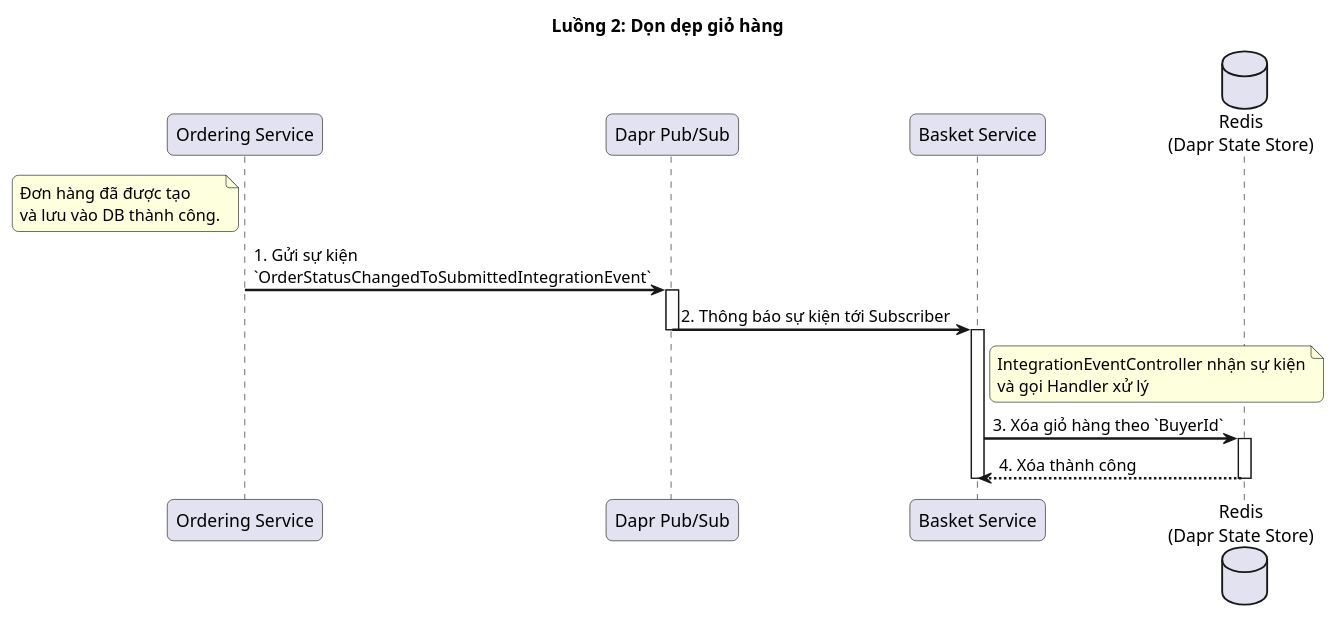
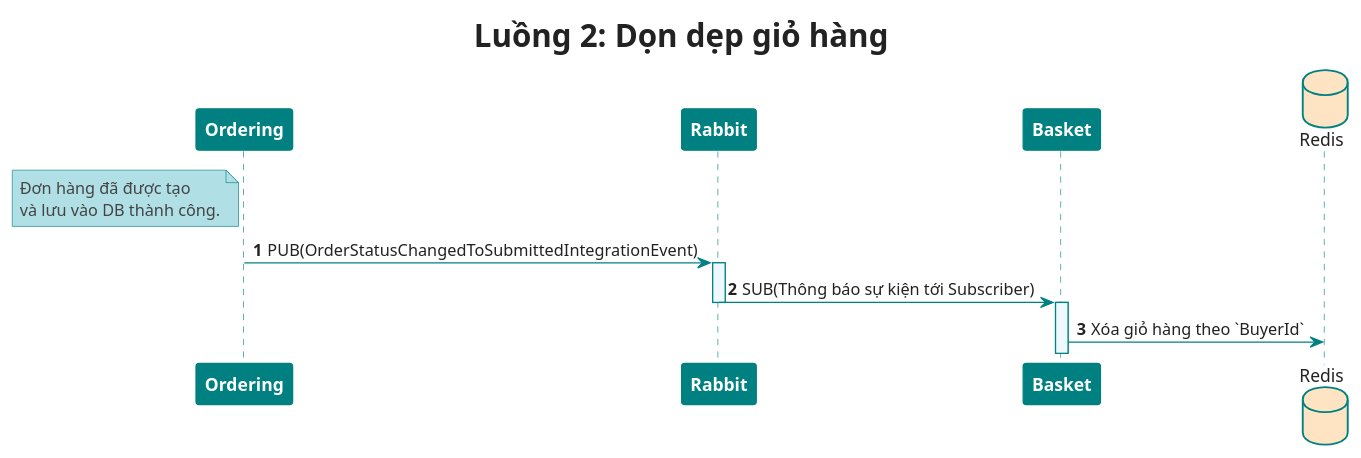
Before and after one commit to MinhTrinh04/Beef-Restaurant: the diagram in Backend/SEQ/Basket/CleanBasket.puml, drawn with PlantUML. The commit also changed 9 other files, not shown here.

Commit message:
Refactor + fix seq diagram

```diff
--- a/Backend/SEQ/Basket/CleanBasket.puml
+++ b/Backend/SEQ/Basket/CleanBasket.puml
@@ -1,32 +1,57 @@
 @startuml
-skinparam handwritten false
-skinparam sequenceArrowThickness 2
-skinparam roundcorner 10
-skinparam sequenceParticipant padding 15
+'https://plantuml.com/sequence-diagram
+skinparam shadowing false
+skinparam responseMessageBelowArrow false
+skinparam DefaultFontColor #222
+skinparam TitleFontSize 25
+skinparam NoteBorderColor #teal
+skinparam NoteBackgroundColor #powderblue
+skinparam NoteFontColor 444
+skinparam DatabaseBorderColor #teal
+skinparam DatabaseBackgroundColor #bisque
+skinparam sequence {
+ParticipantBorderThickness 1
+ParticipantBorderColor #teal
+ParticipantBackgroundColor #teal
+ParticipantFontColor #white
+ParticipantFontSize 14
+ParticipantFontStyle bold
+LifeLineBorderColor #teal
+LifeLineBackgroundColor #aliceblue
+ArrowColor #teal
+ActorBorderColor #teal
+GroupBorderThickness 1
+GroupBorderColor #teal
+GroupHeaderFontColor #white
+GroupBackgroundColor #teal
+GroupFontColor #teal
+ReferenceBorderThickness 1
+ReferenceBorderColor #teal
+ReferenceBackgroundColor #aliceblue
+ReferenceHeaderBackgroundColor #white
+ReferenceFontColor #teal
+}
+autonumber
 
 title Luồng 2: Dọn dẹp giỏ hàng
 
-participant "Ordering Service" as OrderingSvc
-participant "Dapr Pub/Sub" as PubSub
-participant "Basket Service" as BasketSvc
-database "Redis\n(Dapr State Store)" as Redis
+participant "Ordering" as Ordering
+participant "Rabbit" as MQ
+participant "Basket" as Basket
+database "Redis" as Redis
 
-note left of OrderingSvc: Đơn hàng đã được tạo\nvà lưu vào DB thành công.
+note left of Ordering: Đơn hàng đã được tạo\nvà lưu vào DB thành công.
 
-OrderingSvc -> PubSub: 1. Gửi sự kiện\n`OrderStatusChangedToSubmittedIntegrationEvent`
-activate PubSub
+Ordering -> MQ: PUB(OrderStatusChangedToSubmittedIntegrationEvent)
+activate MQ
 
-PubSub -> BasketSvc: 2. Thông báo sự kiện tới Subscriber
-deactivate PubSub
-activate BasketSvc
+MQ -> Basket: SUB(Thông báo sự kiện tới Subscriber)
+deactivate MQ
+activate Basket
 
-note right of BasketSvc: IntegrationEventController nhận sự kiện\nvà gọi Handler xử lý
+Basket -> Redis: Xóa giỏ hàng theo `BuyerId`
 
-BasketSvc -> Redis: 3. Xóa giỏ hàng theo `BuyerId`
-activate Redis
-Redis --> BasketSvc: 4. Xóa thành công
-deactivate Redis
 
-deactivate BasketSvc
+
 
 @enduml
```
